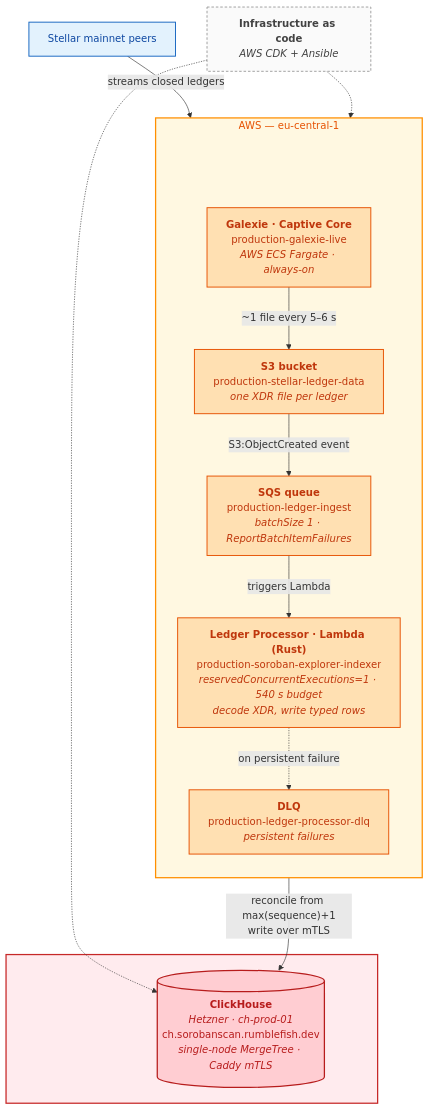
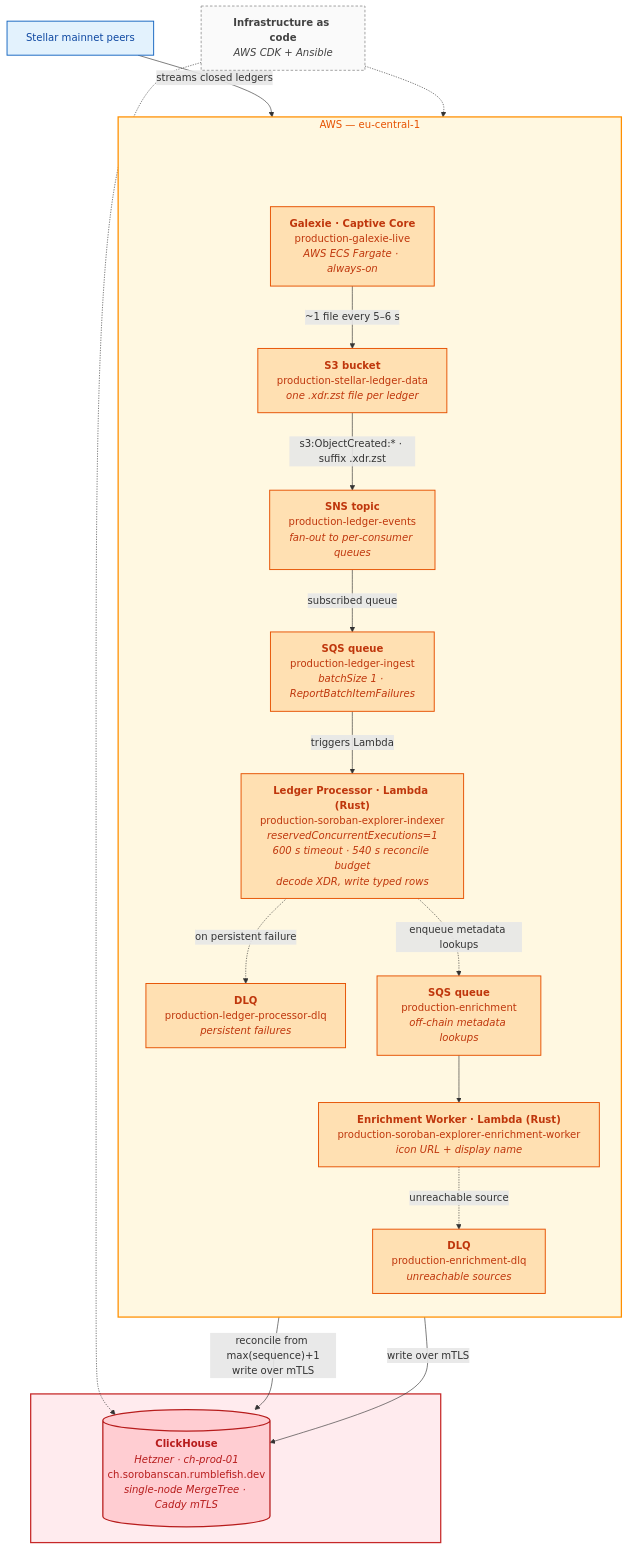
One commit to rumblefishdev/soroban-block-explorer changed the diagram in docs/scf/architecture.mmd. Above: the diagram before and after it, drawn with Mermaid. The commit also changed 12 other files, not shown here.

```diff
--- a/docs/scf/architecture.mmd
+++ b/docs/scf/architecture.mmd
@@ -1,45 +1,54 @@
 %%{init: {"flowchart": {"curve": "basis"}}}%%
 flowchart TB
     SP["Stellar mainnet peers"]
 
     subgraph AWS["AWS — eu‑central‑1"]
         direction TB
         AWS_IAC[" "]
         GAL["<b>Galexie · Captive Core</b><br/>production‑galexie‑live<br/><i>AWS ECS Fargate · always‑on</i>"]
-        S3["<b>S3 bucket</b><br/>production‑stellar‑ledger‑data<br/><i>one XDR file per ledger</i>"]
+        S3["<b>S3 bucket</b><br/>production‑stellar‑ledger‑data<br/><i>one .xdr.zst file per ledger</i>"]
+        SNS["<b>SNS topic</b><br/>production‑ledger‑events<br/><i>fan‑out to per‑consumer queues</i>"]
         SQS["<b>SQS queue</b><br/>production‑ledger‑ingest<br/><i>batchSize 1 · ReportBatchItemFailures</i>"]
-        LAM["<b>Ledger Processor · Lambda (Rust)</b><br/>production‑soroban‑explorer‑indexer<br/><i>reservedConcurrentExecutions=1 · 540 s budget</i><br/><i>decode XDR, write typed rows</i>"]
+        LAM["<b>Ledger Processor · Lambda (Rust)</b><br/>production‑soroban‑explorer‑indexer<br/><i>reservedConcurrentExecutions=1</i><br/><i>600 s timeout · 540 s reconcile budget</i><br/><i>decode XDR, write typed rows</i>"]
         DLQ["<b>DLQ</b><br/>production‑ledger‑processor‑dlq<br/><i>persistent failures</i>"]
+        ENQ["<b>SQS queue</b><br/>production‑enrichment<br/><i>off‑chain metadata lookups</i>"]
+        EWK["<b>Enrichment Worker · Lambda (Rust)</b><br/>production‑soroban‑explorer‑enrichment‑worker<br/><i>icon URL + display name</i>"]
+        EDLQ["<b>DLQ</b><br/>production‑enrichment‑dlq<br/><i>unreachable sources</i>"]
     end
 
     IAC["<b>Infrastructure as code</b><br/><i>AWS CDK + Ansible</i>"]
 
     subgraph HET[" "]
         CH[("<b>ClickHouse</b><br/><i>Hetzner · ch‑prod‑01</i><br/>ch.sorobanscan.rumblefish.dev<br/><i>single‑node MergeTree · Caddy mTLS</i>")]
     end
 
     SP -->|"streams closed ledgers"| GAL
     AWS_IAC ~~~ GAL
     GAL -->|"~1 file every 5–6 s"| S3
-    S3 -->|"S3:ObjectCreated event"| SQS
+    S3 -->|"s3:ObjectCreated:* · suffix .xdr.zst"| SNS
+    SNS -->|"subscribed queue"| SQS
     SQS -->|"triggers Lambda"| LAM
     LAM -.->|"on persistent failure"| DLQ
     LAM -->|"reconcile from max(sequence)+1<br/>write over mTLS"| CH
+    LAM -.->|"enqueue metadata lookups"| ENQ
+    ENQ --> EWK
+    EWK -.->|"unreachable source"| EDLQ
+    EWK -->|"write over mTLS"| CH
 
     IAC -.-> AWS_IAC
     IAC -.-> CH
 
     classDef ingestion fill:#FFE0B2,stroke:#E65100,stroke-width:1.5px,color:#BF360C
     classDef external  fill:#E3F2FD,stroke:#1565C0,stroke-width:1.5px,color:#0D47A1
     classDef database  fill:#FFCDD2,stroke:#B71C1C,stroke-width:2px,color:#B71C1C
     classDef iac       fill:#FAFAFA,stroke:#9E9E9E,stroke-width:1.5px,color:#424242,stroke-dasharray:4 3
     classDef hidden    fill:transparent,stroke:transparent,color:transparent
 
     class SP external
-    class GAL,S3,SQS,LAM,DLQ ingestion
+    class GAL,S3,SNS,SQS,LAM,DLQ,ENQ,EWK,EDLQ ingestion
     class CH database
     class IAC iac
     class AWS_IAC hidden
 
     style AWS fill:#FFF8E1,stroke:#FF8F00,stroke-width:2px,color:#E65100
     style HET fill:#FFEBEE,stroke:#C62828,stroke-width:2px,color:#B71C1C
```
